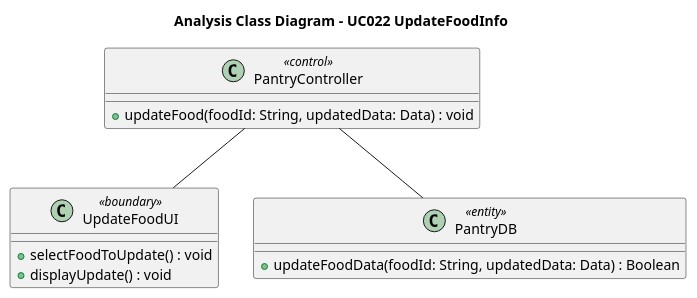
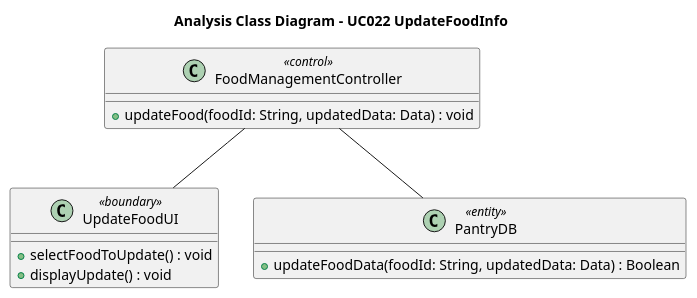
Before and after one commit to Alt2210/NaviMart: the diagram in diagrams/Module_4_Pantry/UC022_Cập_nhật_thông_tin_thực_phẩm_Analysis.puml, drawn with PlantUML. The commit also changed 113 other files, not shown here.

```diff
--- a/diagrams/Module_4_Pantry/UC022_Cập_nhật_thông_tin_thực_phẩm_Analysis.puml
+++ b/diagrams/Module_4_Pantry/UC022_Cập_nhật_thông_tin_thực_phẩm_Analysis.puml
@@ -1,17 +1,17 @@
 @startuml
 title Analysis Class Diagram - UC022 UpdateFoodInfo
 
 class "UpdateFoodUI" as UI <<boundary>> {
   + selectFoodToUpdate() : void
   + displayUpdate() : void
 }
-class "PantryController" as Controller <<control>> {
+class "FoodManagementController" as Controller <<control>> {
   + updateFood(foodId: String, updatedData: Data) : void
 }
 class "PantryDB" as Entity <<entity>> {
   + updateFoodData(foodId: String, updatedData: Data) : Boolean
 }
 
 Controller -- UI
 Controller -- Entity
 @enduml
```
